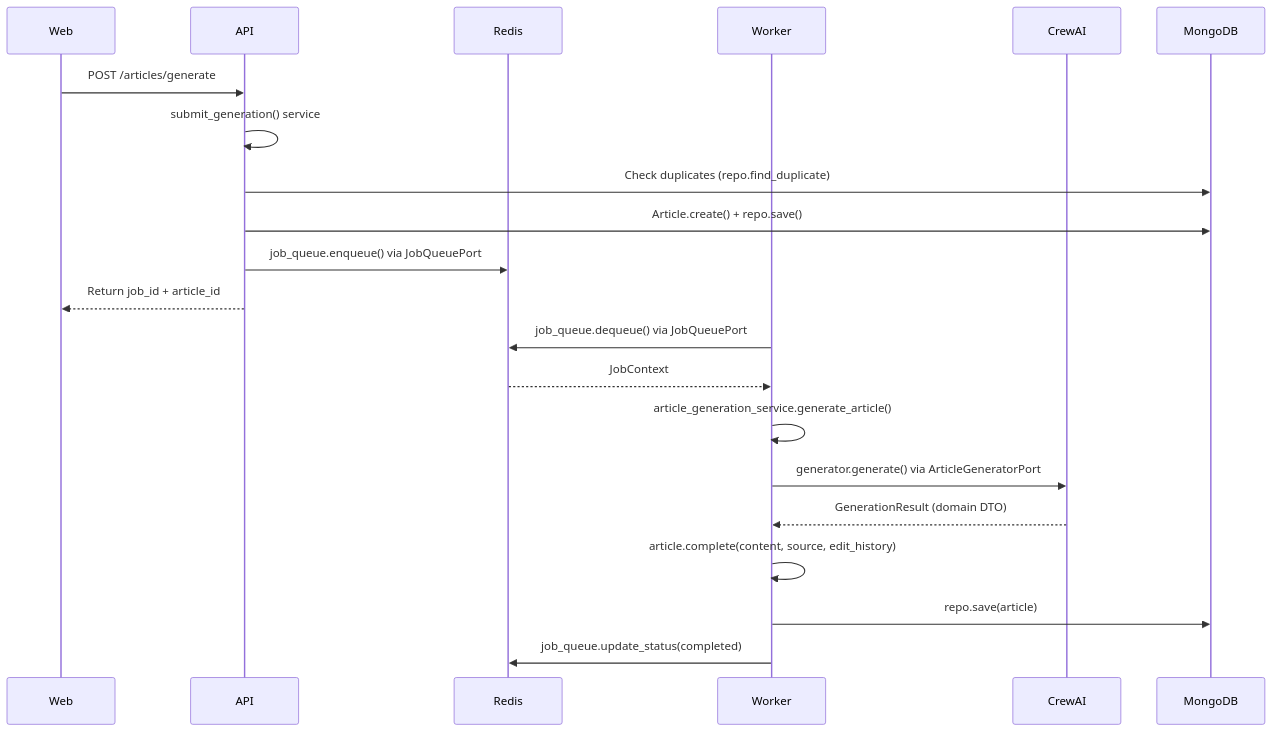
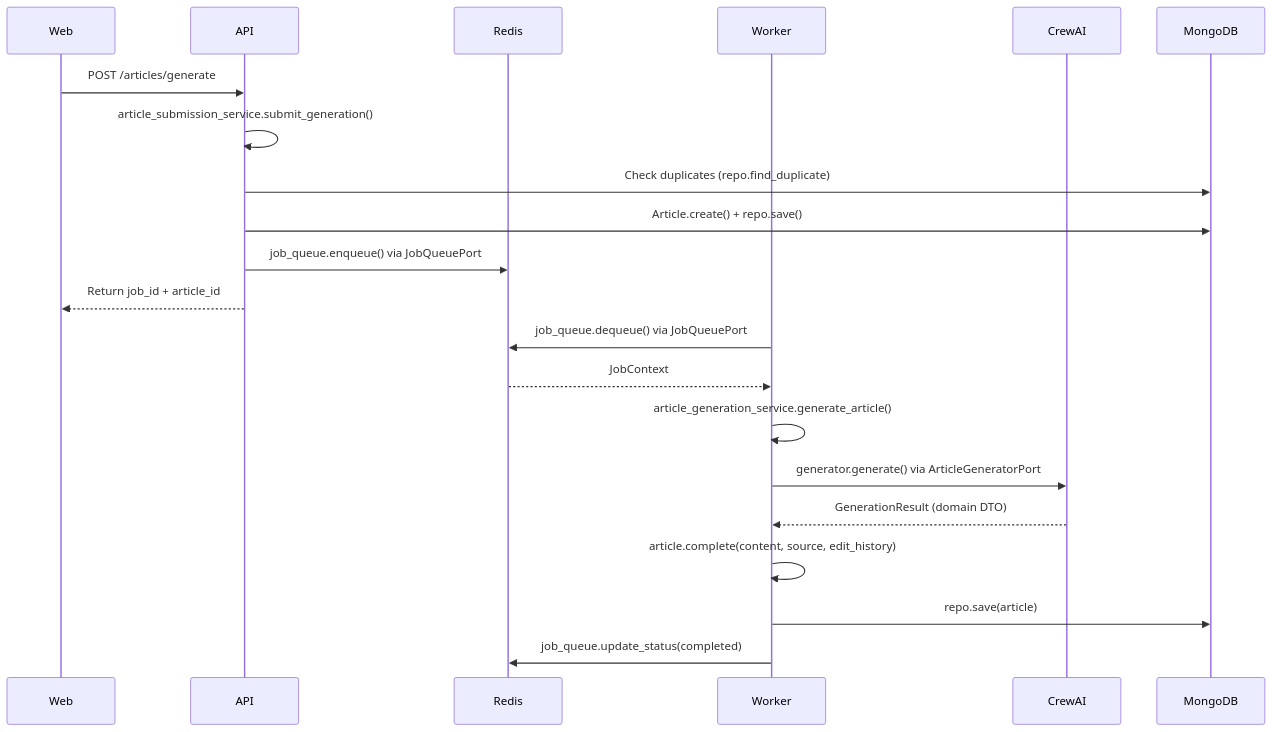
One commit to seung-gu/opad changed the third of 7 diagrams in docs/ARCHITECTURE.md. Above: the diagram before and after it, drawn with Mermaid. The commit also changed other lines of this file and 5 other files, not shown here.

First line of the commit message:
docs: Update architecture docs, add interactive diagram, bump to 0.18.0

````diff
--- a/docs/ARCHITECTURE.md
+++ b/docs/ARCHITECTURE.md
@@ -87,27 +87,27 @@
 ```mermaid
 sequenceDiagram
     participant Web
     participant API
     participant Redis
     participant Worker
     participant CrewAI
     participant MongoDB
     
     Web->>API: POST /articles/generate
-    API->>API: submit_generation() service
+    API->>API: article_submission_service.submit_generation()
     API->>MongoDB: Check duplicates (repo.find_duplicate)
     API->>MongoDB: Article.create() + repo.save()
     API->>Redis: job_queue.enqueue() via JobQueuePort
     API-->>Web: Return job_id + article_id
 
     Worker->>Redis: job_queue.dequeue() via JobQueuePort
     Redis-->>Worker: JobContext
 
     Worker->>Worker: article_generation_service.generate_article()
     Worker->>CrewAI: generator.generate() via ArticleGeneratorPort
     CrewAI-->>Worker: GenerationResult (domain DTO)
 
     Worker->>Worker: article.complete(content, source, edit_history)
     Worker->>MongoDB: repo.save(article)
     Worker->>Redis: job_queue.update_status(completed)
 ```
````
